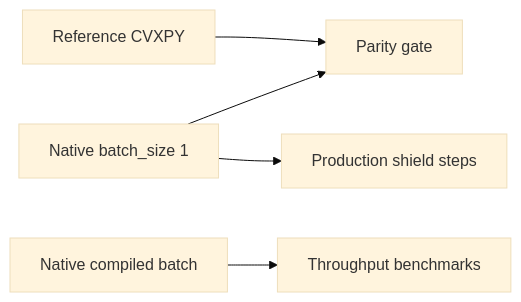
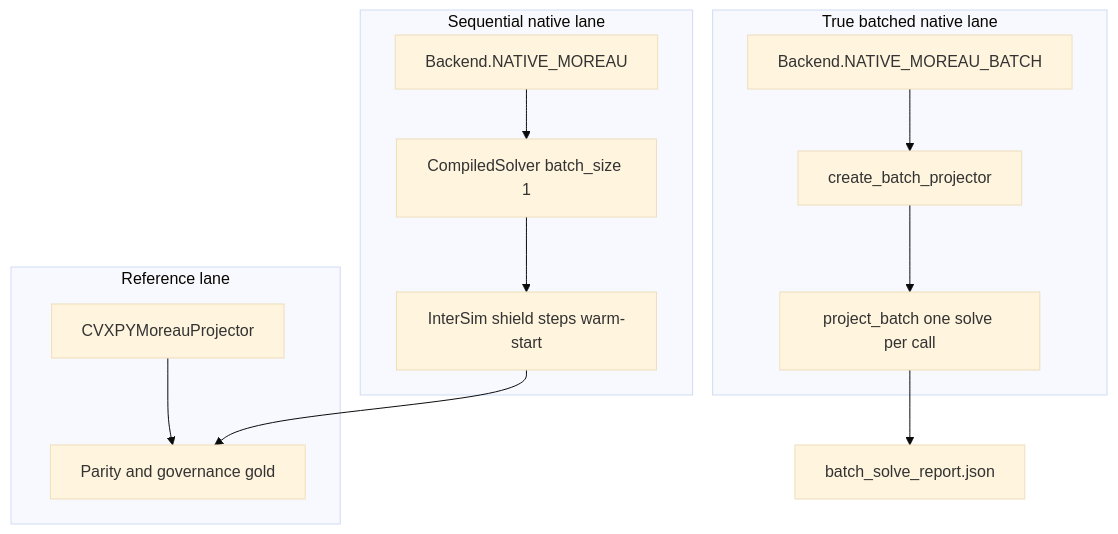
Before and after one commit to fraware/conicshield: the diagram in docs/SOLVER_PATHS_AND_BATCHING.md, drawn with Mermaid (base theme). The commit also changed other lines of this file and 27 other files, not shown here.

````diff
--- a/docs/SOLVER_PATHS_AND_BATCHING.md
+++ b/docs/SOLVER_PATHS_AND_BATCHING.md
@@ -47,10 +7,21 @@
 ```mermaid
-flowchart LR
-  ref[Reference CVXPY]
-  seq[Native batch_size 1]
-  bat[Native compiled batch]
-  ref --> parity[Parity gate]
-  seq --> parity
-  bat --> bench[Throughput benchmarks]
-  seq --> prod[Production shield steps]
+flowchart TB
+  subgraph refLane [Reference lane]
+    CVX[CVXPYMoreauProjector]
+    CVX --> parityGate[Parity and governance gold]
+  end
+  subgraph seqLane [Sequential native lane]
+    NM[Backend.NATIVE_MOREAU]
+    CS1[CompiledSolver batch_size 1]
+    NM --> CS1
+    CS1 --> shieldStep[InterSim shield steps warm-start]
+  end
+  subgraph batchLane [True batched native lane]
+    NMB[Backend.NATIVE_MOREAU_BATCH]
+    CSB[create_batch_projector]
+    NMB --> CSB
+    CSB --> projectBatch[project_batch one solve per call]
+  end
+  shieldStep --> parityGate
+  projectBatch --> benchEvidence[batch_solve_report.json]
 ```
````
